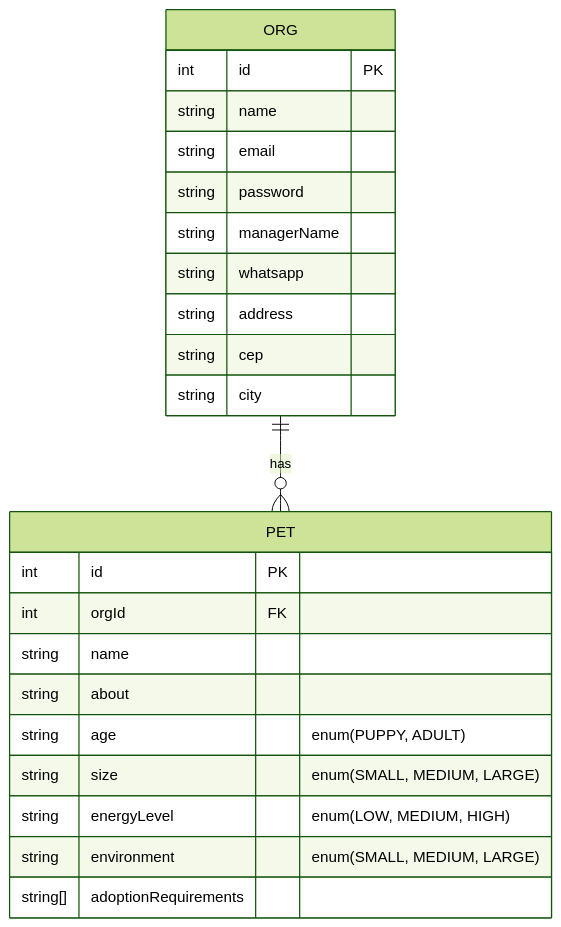
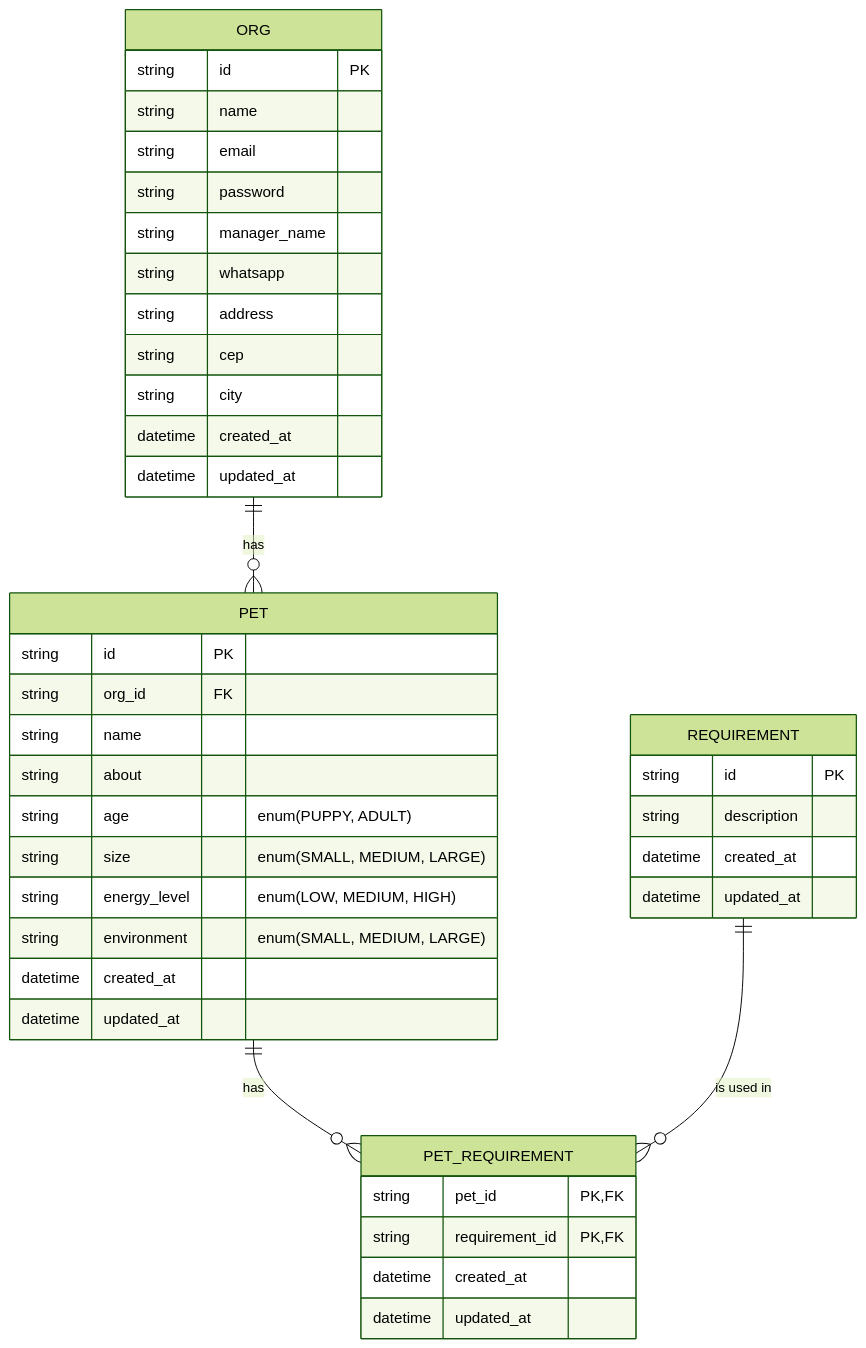
One commit to alissonsv/find-a-friend-api changed the diagram in README.md. Above: the diagram before and after it, drawn with Mermaid (forest theme). The commit also changed 3 other files, not shown here.

Commit message:
chore: update readme and create prisma schema

````diff
--- a/README.md
+++ b/README.md
@@ -32,27 +32,47 @@
 ```mermaid
 erDiagram
     ORG {
-        int id PK
+        string id PK
         string name
         string email
         string password
-        string managerName
+        string manager_name
         string whatsapp
         string address
         string cep
         string city
+        datetime created_at
+        datetime updated_at
     }
+
     PET {
-        int id PK
-        int orgId FK
+        string id PK
+        string org_id FK
         string name
         string about
         string age "enum(PUPPY, ADULT)"
         string size "enum(SMALL, MEDIUM, LARGE)"
-        string energyLevel "enum(LOW, MEDIUM, HIGH)"
+        string energy_level "enum(LOW, MEDIUM, HIGH)"
         string environment "enum(SMALL, MEDIUM, LARGE)"
-        string[] adoptionRequirements
+        datetime created_at
+        datetime updated_at
+    }
+
+    REQUIREMENT {
+        string id PK
+        string description
+        datetime created_at
+        datetime updated_at
+    }
+
+    PET_REQUIREMENT {
+        string pet_id PK,FK
+        string requirement_id PK,FK
+        datetime created_at
+        datetime updated_at
     }
 
     ORG ||--o{ PET : has
+    PET ||--o{ PET_REQUIREMENT : has
+    REQUIREMENT ||--o{ PET_REQUIREMENT : "is used in"
 ```
````
